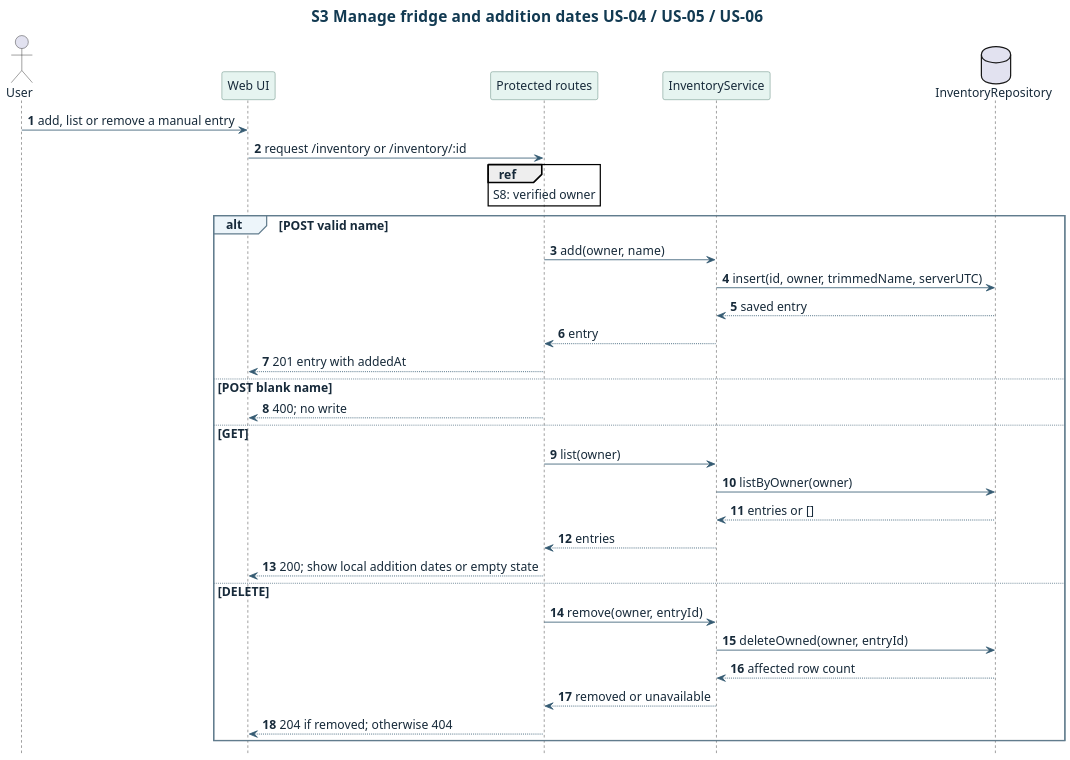
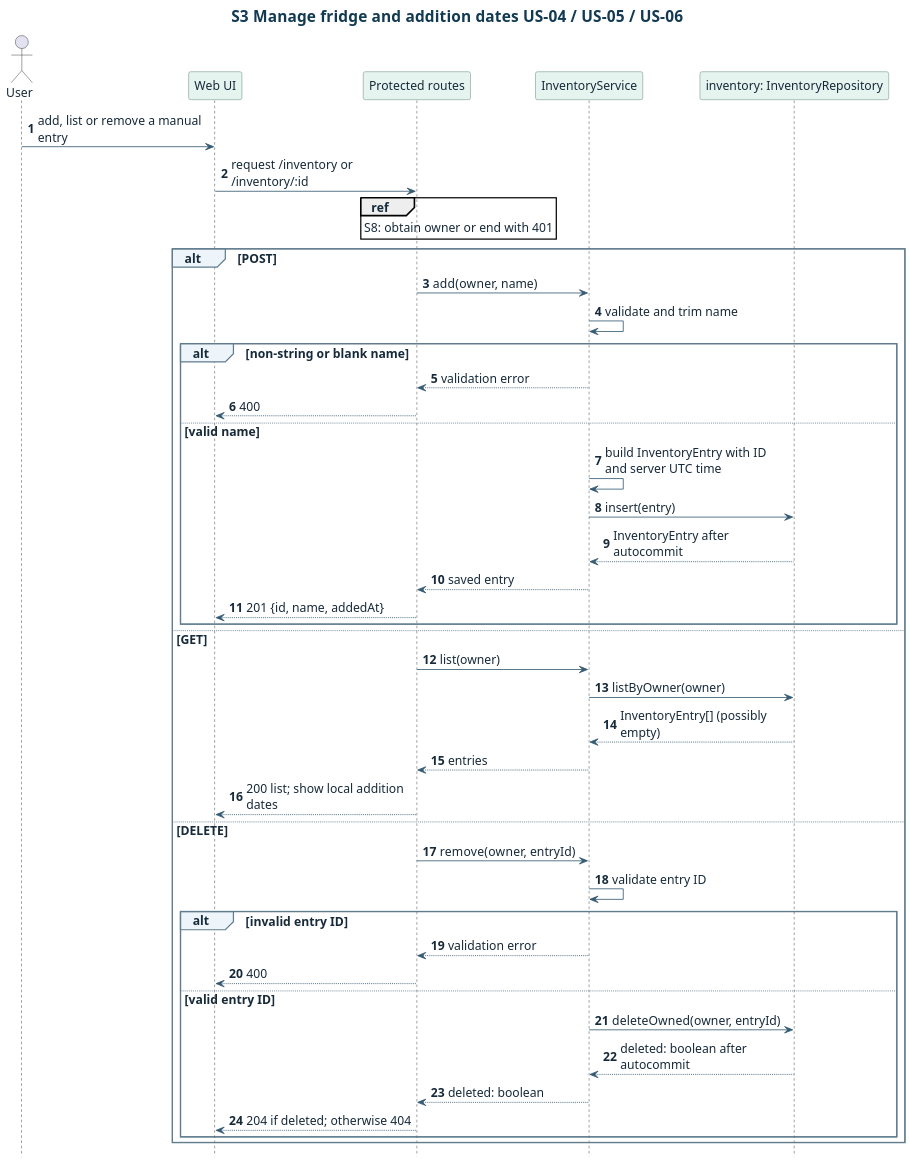
Before and after one commit to SarpCizer/CMPE331-Project: the diagram in docs/design/sequence/inventory.puml, drawn with PlantUML. The commit also changed 15 other files, not shown here.

Commit message:
docs: validate requests in services and reply after commit

```diff
--- a/docs/design/sequence/inventory.puml
+++ b/docs/design/sequence/inventory.puml
@@ -1,52 +1,65 @@
 @startuml
 title S3  Manage fridge and addition dates  US-04 / US-05 / US-06
 skinparam backgroundColor #FFFFFF
 skinparam defaultFontName Arial
 skinparam defaultFontColor #172A3A
 skinparam defaultFontSize 15
 skinparam ArrowColor #345A72
 skinparam Shadowing false
 skinparam dpi 150
 skinparam TitleFontColor #123A52
 skinparam TitleFontSize 19
 skinparam ClassBackgroundColor #EDF5FA
 skinparam ClassBorderColor #456F89
 skinparam ComponentBackgroundColor #EDF5FA
 skinparam ComponentBorderColor #456F89
 skinparam PackageBorderColor #456F89
 skinparam ParticipantBackgroundColor #E6F4F0
 skinparam ParticipantBorderColor #417364
 skinparam SequenceGroupBackgroundColor #EDF5FA
 skinparam SequenceGroupBorderColor #617C8D
 hide footbox
 autonumber
+skinparam maxMessageSize 220
 actor User
 participant "Web UI" as UI
 participant "Protected routes" as API
+
 participant InventoryService as Inventory
-database "InventoryRepository" as Store
+participant "inventory: InventoryRepository" as Entries
 User -> UI : add, list or remove a manual entry
 UI -> API : request /inventory or /inventory/:id
-ref over API : S8: verified owner
-alt POST valid name
+ref over API : S8: obtain owner or end with 401
+alt POST
   API -> Inventory : add(owner, name)
-  Inventory -> Store : insert(id, owner, trimmedName, serverUTC)
-  Store --> Inventory : saved entry
-  Inventory --> API : entry
-  API --> UI : 201 entry with addedAt
-else POST blank name
-  API --> UI : 400; no write
+  Inventory -> Inventory : validate and trim name
+  alt non-string or blank name
+    Inventory --> API : validation error
+    API --> UI : 400
+  else valid name
+    Inventory -> Inventory : build InventoryEntry with ID and server UTC time
+    Inventory -> Entries : insert(entry)
+    Entries --> Inventory : InventoryEntry after autocommit
+    Inventory --> API : saved entry
+    API --> UI : 201 {id, name, addedAt}
+  end
 else GET
   API -> Inventory : list(owner)
-  Inventory -> Store : listByOwner(owner)
-  Store --> Inventory : entries or []
+  Inventory -> Entries : listByOwner(owner)
+  Entries --> Inventory : InventoryEntry[] (possibly empty)
   Inventory --> API : entries
-  API --> UI : 200; show local addition dates or empty state
+  API --> UI : 200 list; show local addition dates
 else DELETE
   API -> Inventory : remove(owner, entryId)
-  Inventory -> Store : deleteOwned(owner, entryId)
-  Store --> Inventory : affected row count
-  Inventory --> API : removed or unavailable
-  API --> UI : 204 if removed; otherwise 404
+  Inventory -> Inventory : validate entry ID
+  alt invalid entry ID
+    Inventory --> API : validation error
+    API --> UI : 400
+  else valid entry ID
+    Inventory -> Entries : deleteOwned(owner, entryId)
+    Entries --> Inventory : deleted: boolean after autocommit
+    Inventory --> API : deleted: boolean
+    API --> UI : 204 if deleted; otherwise 404
+  end
 end
 @enduml
```
